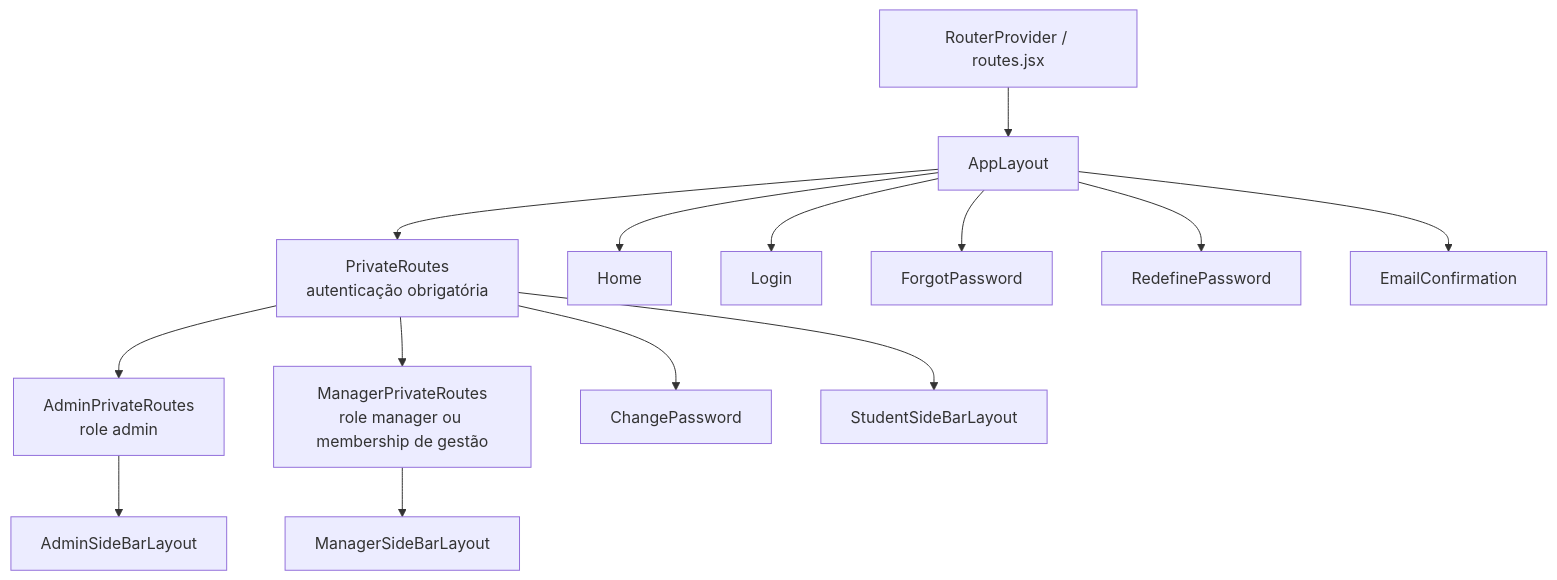
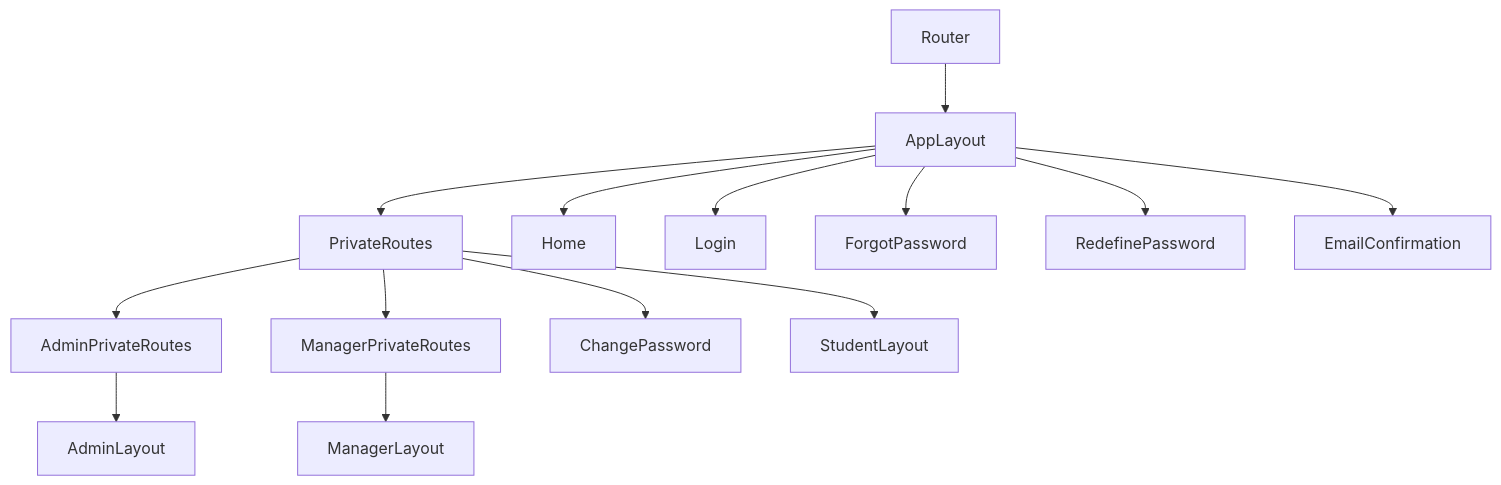
The first of 2 diagrams in README.md (Rian-Rero/ligasAcademicas-web-frontend), drawn with Mermaid before and after one commit. The commit also changed other lines of this file and 1 other file, not shown here.

Commit message:
fix: fixing parse errors

````diff
--- a/README.md
+++ b/README.md
@@ -40,33 +40,33 @@
 ```mermaid
 flowchart TB
-	Router[RouterProvider / routes.jsx]
-	AppLayout[AppLayout]
-	PrivateRoutes[PrivateRoutes\nautenticação obrigatória]
-	AdminPrivateRoutes[AdminPrivateRoutes\nrole admin]
-	ManagerPrivateRoutes[ManagerPrivateRoutes\nrole manager ou membership de gestão]
+  Router[Router]
+  AppLayout[AppLayout]
+  PrivateRoutes[PrivateRoutes]
+  AdminPrivateRoutes[AdminPrivateRoutes]
+  ManagerPrivateRoutes[ManagerPrivateRoutes]
 
-	Home[Home]
-	Login[Login]
-	Forgot[ForgotPassword]
-	Reset[RedefinePassword]
-	Confirm[EmailConfirmation]
-	ChangePwd[ChangePassword]
+  Home[Home]
+  Login[Login]
+  Forgot[ForgotPassword]
+  Reset[RedefinePassword]
+  Confirm[EmailConfirmation]
+  ChangePwd[ChangePassword]
 
-	AdminLayout[AdminSideBarLayout]
-	StudentLayout[StudentSideBarLayout]
-	ManagerLayout[ManagerSideBarLayout]
+  AdminLayout[AdminLayout]
+  StudentLayout[StudentLayout]
+  ManagerLayout[ManagerLayout]
 
-	Router --> AppLayout
-	AppLayout --> Home
-	AppLayout --> Login
-	AppLayout --> Forgot
-	AppLayout --> Reset
-	AppLayout --> Confirm
-	AppLayout --> PrivateRoutes
-	PrivateRoutes --> ChangePwd
-	PrivateRoutes --> AdminPrivateRoutes
-	PrivateRoutes --> StudentLayout
-	PrivateRoutes --> ManagerPrivateRoutes
-	AdminPrivateRoutes --> AdminLayout
-	ManagerPrivateRoutes --> ManagerLayout
+  Router --> AppLayout
+  AppLayout --> Home
+  AppLayout --> Login
+  AppLayout --> Forgot
+  AppLayout --> Reset
+  AppLayout --> Confirm
+  AppLayout --> PrivateRoutes
+  PrivateRoutes --> ChangePwd
+  PrivateRoutes --> AdminPrivateRoutes
+  PrivateRoutes --> StudentLayout
+  PrivateRoutes --> ManagerPrivateRoutes
+  AdminPrivateRoutes --> AdminLayout
+  ManagerPrivateRoutes --> ManagerLayout
 ```
````
